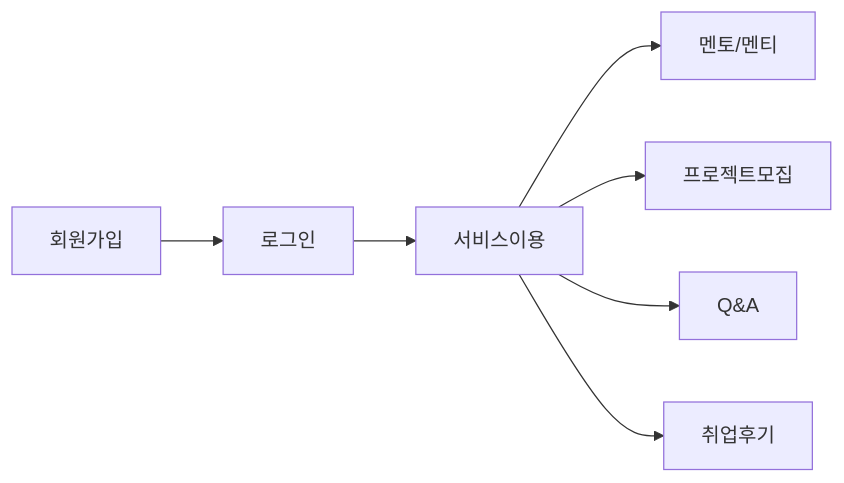
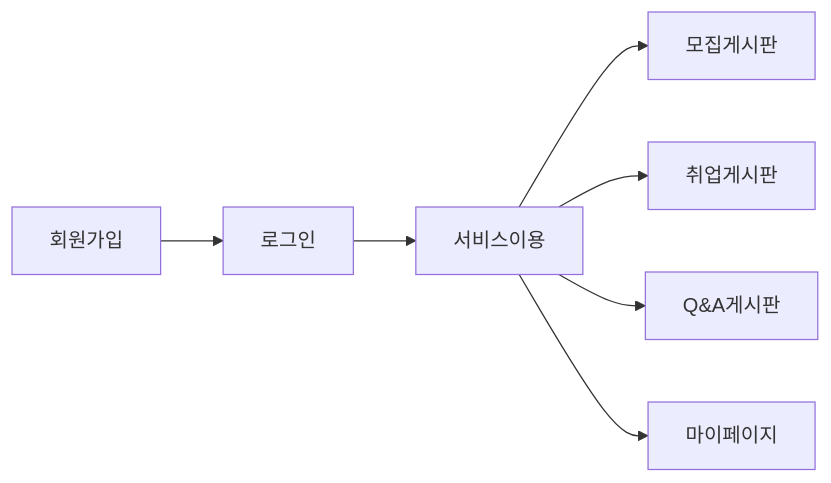
One commit to Hazel0c0/ddamddam-club-org changed the sixth of 7 diagrams in docs/README.md. Above: the diagram before and after it, drawn with Mermaid. The commit also changed other lines of this file and 2 other files, not shown here.

````diff
--- a/docs/README.md
+++ b/docs/README.md
@@ -259,8 +300,8 @@
 ```mermaid
 flowchart LR
     회원가입 --> 로그인 --> 서비스이용
-    서비스이용 --> 멘토/멘티
-    서비스이용 --> 프로젝트모집
-    서비스이용 --> Q&A
-    서비스이용 --> 취업후기
+    서비스이용 --> 모집게시판
+    서비스이용 --> 취업게시판
+    서비스이용 --> Q&A게시판
+    서비스이용 --> 마이페이지
 ```
````
